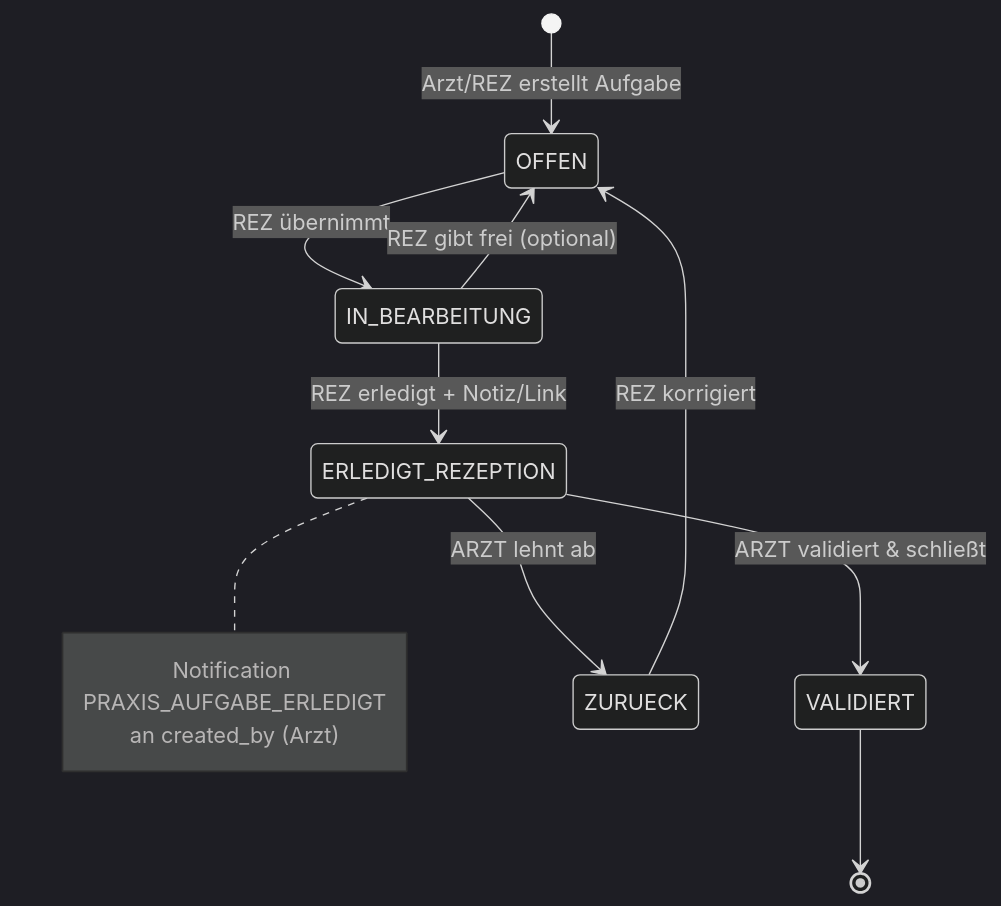
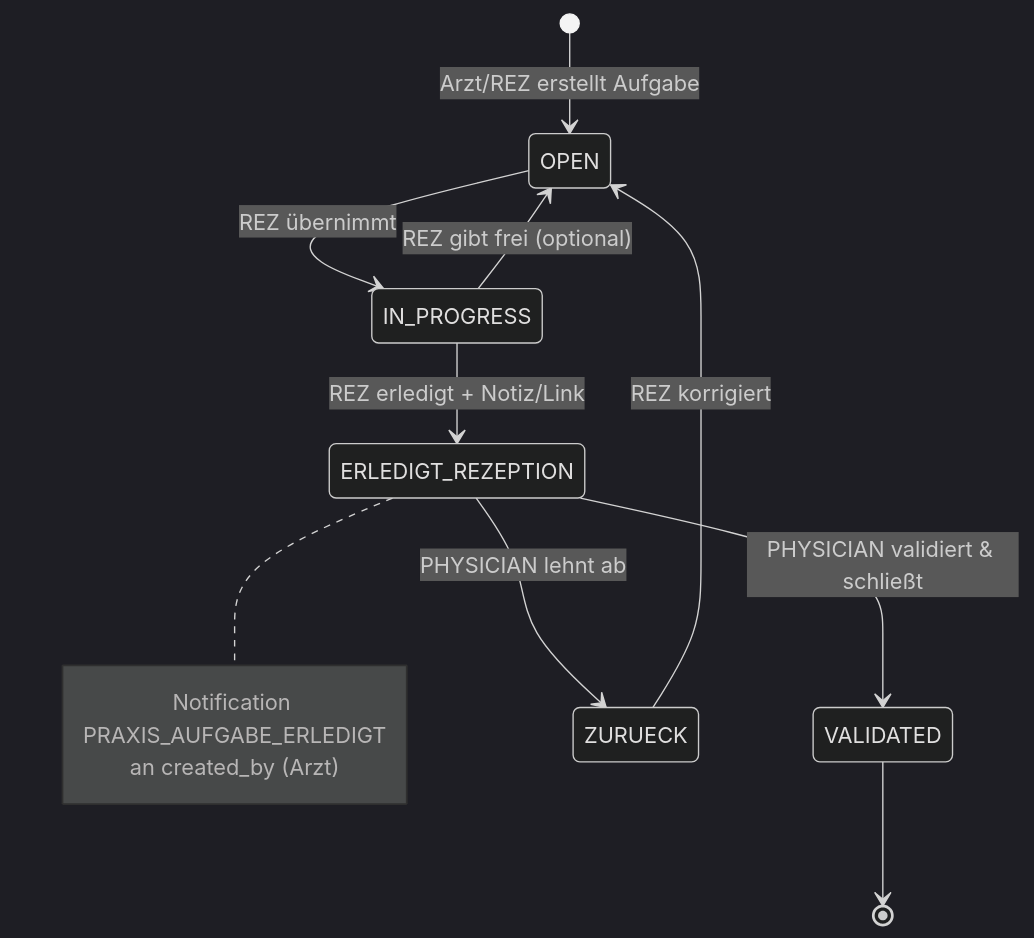
The second of 4 diagrams in docs/uml/09-aufgaben-leistung-kollaboration.md (Achrafbennanizia/Medoc), drawn with Mermaid (dark theme) before and after one commit. The commit also changed other lines of this file and 1081 other files, not shown here.

````diff
--- a/docs/uml/09-aufgaben-leistung-kollaboration.md
+++ b/docs/uml/09-aufgaben-leistung-kollaboration.md
@@ -58,18 +58,18 @@
 ```mermaid
 stateDiagram-v2
-    [*] --> OFFEN: Arzt/REZ erstellt Aufgabe
+    [*] --> OPEN: Arzt/REZ erstellt Aufgabe
 
-    OFFEN --> IN_BEARBEITUNG: REZ übernimmt
-    IN_BEARBEITUNG --> ERLEDIGT_REZEPTION: REZ erledigt + Notiz/Link
-    ERLEDIGT_REZEPTION --> VALIDIERT: ARZT validiert & schließt
-    VALIDIERT --> [*]
+    OPEN --> IN_PROGRESS: REZ übernimmt
+    IN_PROGRESS --> ERLEDIGT_REZEPTION: REZ erledigt + Notiz/Link
+    ERLEDIGT_REZEPTION --> VALIDATED: PHYSICIAN validiert & schließt
+    VALIDATED --> [*]
 
-    ERLEDIGT_REZEPTION --> ZURUECK: ARZT lehnt ab
-    ZURUECK --> OFFEN: REZ korrigiert
-    IN_BEARBEITUNG --> OFFEN: REZ gibt frei (optional)
+    ERLEDIGT_REZEPTION --> ZURUECK: PHYSICIAN lehnt ab
+    ZURUECK --> OPEN: REZ korrigiert
+    IN_PROGRESS --> OPEN: REZ gibt frei (optional)
 
     note right of ERLEDIGT_REZEPTION
         Notification PRAXIS_AUFGABE_ERLEDIGT
         an created_by (Arzt)
     end note
 ```
````
